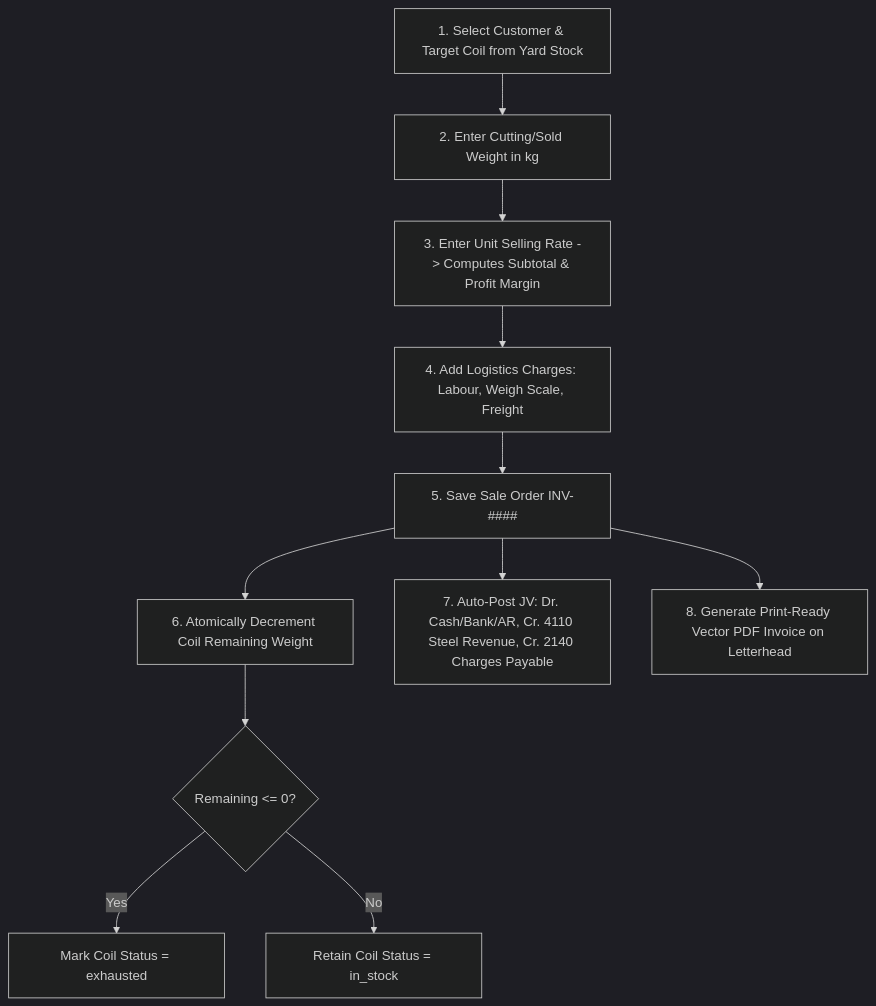
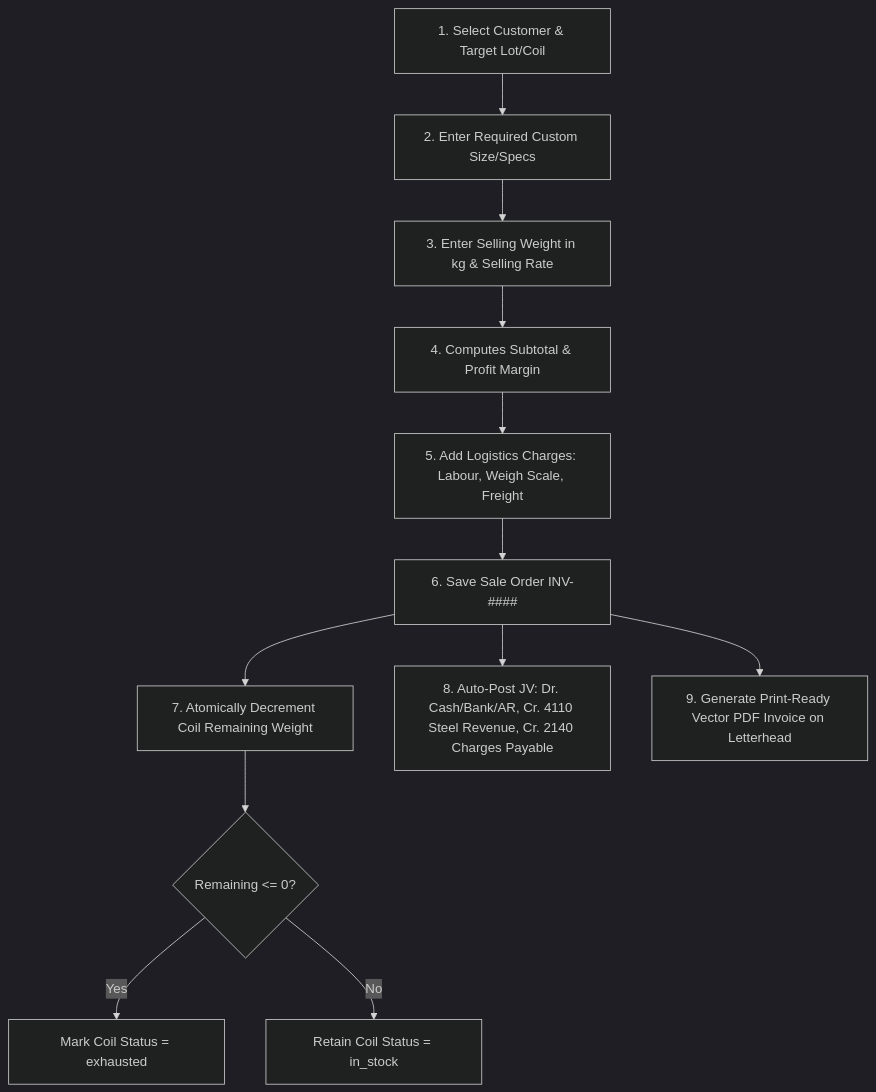
One commit to Inoodex/steel_inventory changed the second of 3 diagrams in PROJECT_ANALYSIS.md. Above: the diagram before and after it, drawn with Mermaid (dark theme). The commit also changed other lines of this file and 17 other files, not shown here.

````diff
--- a/PROJECT_ANALYSIS.md
+++ b/PROJECT_ANALYSIS.md
@@ -272,13 +306,14 @@
 ```mermaid
 graph TD
-    Select[1. Select Customer & Target Coil from Yard Stock] --> Cut[2. Enter Cutting/Sold Weight in kg]
-    Cut --> Pricing[3. Enter Unit Selling Rate -> Computes Subtotal & Profit Margin]
-    Pricing --> Charges[4. Add Logistics Charges: Labour, Weigh Scale, Freight]
-    Charges --> SaveSale[5. Save Sale Order INV-####]
-    SaveSale --> DeductCoil[6. Atomically Decrement Coil Remaining Weight]
+    Select[1. Select Customer & Target Lot/Coil] --> Specs[2. Enter Required Custom Size/Specs]
+    Specs --> Cut[3. Enter Selling Weight in kg & Selling Rate]
+    Cut --> Pricing[4. Computes Subtotal & Profit Margin]
+    Pricing --> Charges[5. Add Logistics Charges: Labour, Weigh Scale, Freight]
+    Charges --> SaveSale[6. Save Sale Order INV-####]
+    SaveSale --> DeductCoil[7. Atomically Decrement Coil Remaining Weight]
     DeductCoil --> CheckZero{Remaining <= 0?}
     CheckZero -- Yes --> Exhaust[Mark Coil Status = exhausted]
     CheckZero -- No --> InStock[Retain Coil Status = in_stock]
-    SaveSale --> JV2[7. Auto-Post JV: Dr. Cash/Bank/AR, Cr. 4110 Steel Revenue, Cr. 2140 Charges Payable]
-    SaveSale --> PDF[8. Generate Print-Ready Vector PDF Invoice on Letterhead]
+    SaveSale --> JV2[8. Auto-Post JV: Dr. Cash/Bank/AR, Cr. 4110 Steel Revenue, Cr. 2140 Charges Payable]
+    SaveSale --> PDF[9. Generate Print-Ready Vector PDF Invoice on Letterhead]
 ```
````
